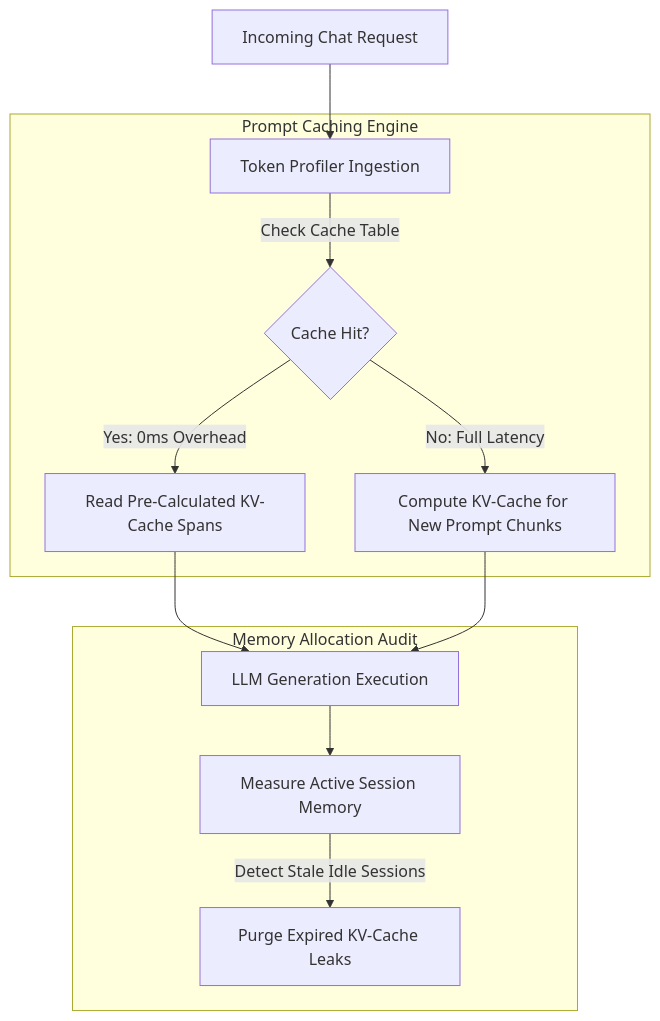
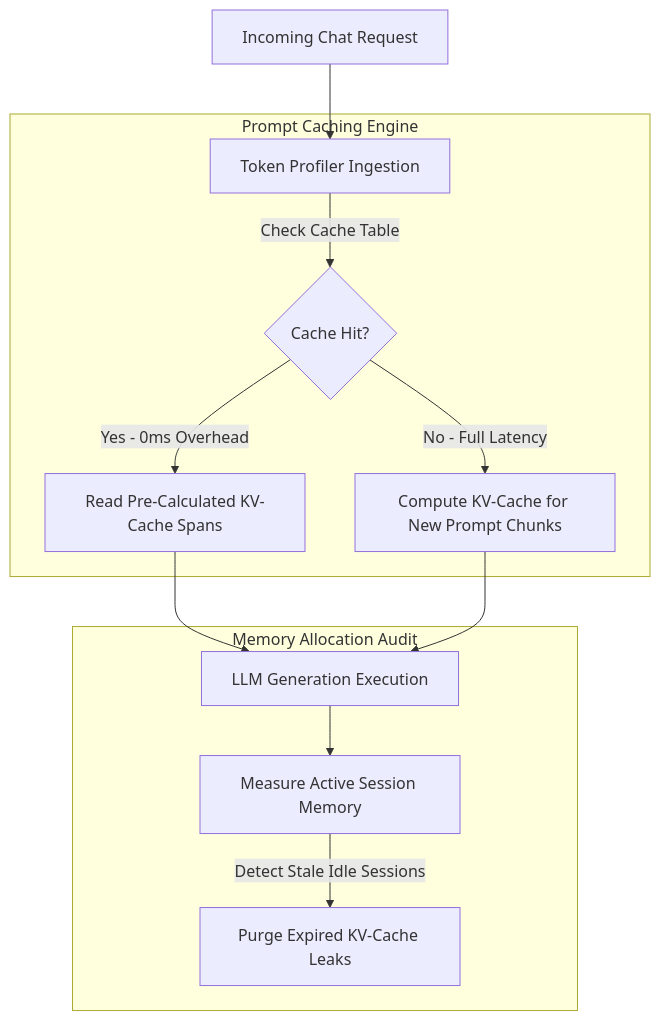
The diagram in blog/posts/profiling-token-allocation-tracking-kv-cache-leakage-prompt-overheads.md (akmalkhaniub/akmalkhaniub.github.io), drawn with Mermaid before and after one commit. The commit also changed 411 other files, not shown here.

````diff
--- a/blog/posts/profiling-token-allocation-tracking-kv-cache-leakage-prompt-overheads.md
+++ b/blog/posts/profiling-token-allocation-tracking-kv-cache-leakage-prompt-overheads.md
@@ -17,18 +17,18 @@
 ```mermaid
-graph TD
+flowchart TD
   A[Incoming Chat Request] --> B[Token Profiler Ingestion]
   
   subgraph SG1_PromptCachingEngine ["Prompt Caching Engine"]
     B -->|Check Cache Table| C{Cache Hit?}
-    C -->|Yes: 0ms Overhead| D[Read Pre-Calculated KV-Cache Spans]
-    C -->|No: Full Latency| E[Compute KV-Cache for New Prompt Chunks]
+    C -->|Yes - 0ms Overhead| D[Read Pre-Calculated KV-Cache Spans]
+    C -->|No - Full Latency| E[Compute KV-Cache for New Prompt Chunks]
   end
   
   D --> F[LLM Generation Execution]
   E --> F
   
   subgraph SG2_MemoryAllocationAudit ["Memory Allocation Audit"]
     F --> G[Measure Active Session Memory]
     G -->|Detect Stale Idle Sessions| H[Purge Expired KV-Cache Leaks]
   end
 ```
````
